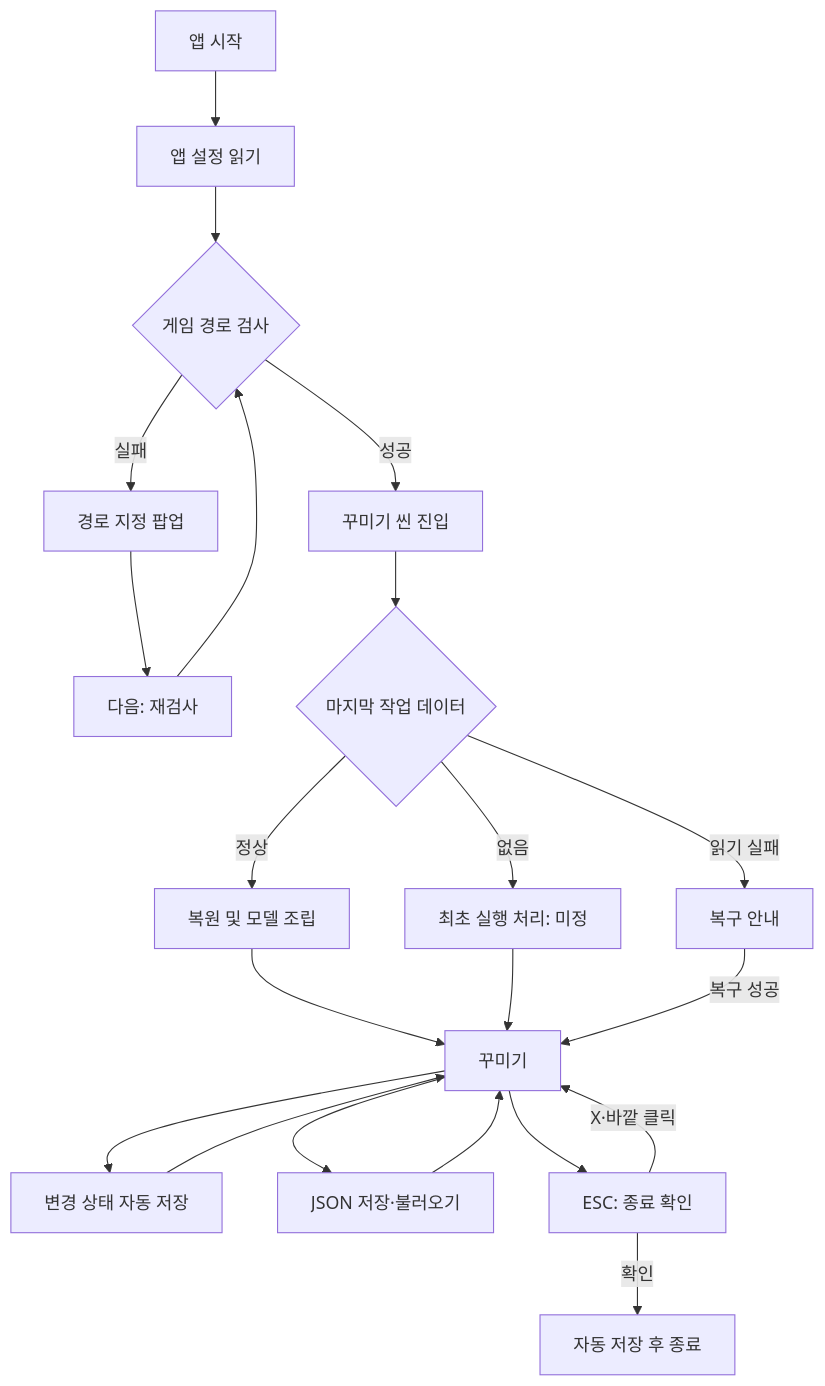
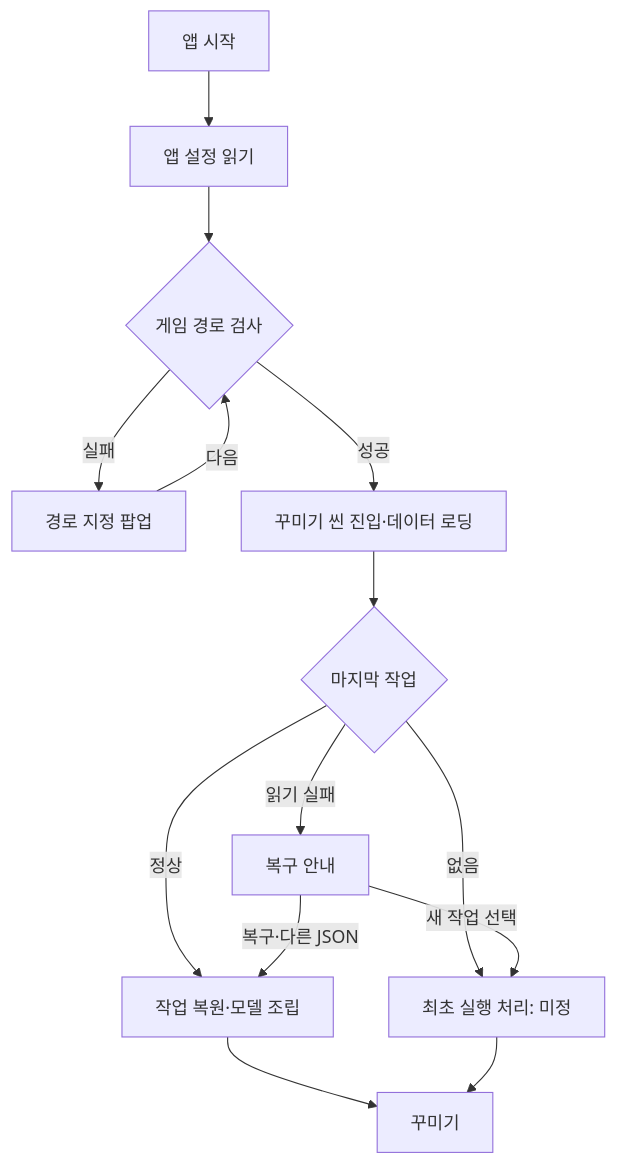
Before and after one commit to PieceOfPaper/MobiAtelier: the first of 2 diagrams in Docs/ProgramFlow.md, drawn with Mermaid. The commit also changed other lines of this file and 11 other files, not shown here.

Commit message:
플로우와 항목별 세부 기획 분리 및 README 문서 목록 추가

````diff
--- a/Docs/ProgramFlow.md
+++ b/Docs/ProgramFlow.md
@@ -41,23 +9,16 @@
 ```mermaid
 flowchart TD
     A["앱 시작"] --> B["앱 설정 읽기"]
     B --> C{"게임 경로 검사"}
     C -->|실패| D["경로 지정 팝업"]
-    D --> E["다음: 재검사"]
-    E --> C
-    C -->|성공| F["꾸미기 씬 진입"]
-    F --> G{"마지막 작업 데이터"}
-    G -->|정상| H["복원 및 모델 조립"]
-    G -->|없음| I["최초 실행 처리: 미정"]
-    G -->|읽기 실패| J["복구 안내"]
-    H --> K["꾸미기"]
-    I --> K
-    J -->|복구 성공| K
-    K --> L["변경 상태 자동 저장"]
-    L --> K
-    K --> M["JSON 저장·불러오기"]
-    M --> K
-    K --> N["ESC: 종료 확인"]
-    N -->|X·바깥 클릭| K
-    N -->|확인| O["자동 저장 후 종료"]
+    D -->|다음| C
+    C -->|성공| E["꾸미기 씬 진입·데이터 로딩"]
+    E --> F{"마지막 작업"}
+    F -->|정상| G["작업 복원·모델 조립"]
+    F -->|없음| H["최초 실행 처리: 미정"]
+    F -->|읽기 실패| I["복구 안내"]
+    I -->|복구·다른 JSON| G
+    I -->|새 작업 선택| H
+    G --> J["꾸미기"]
+    H --> J
 ```
````
